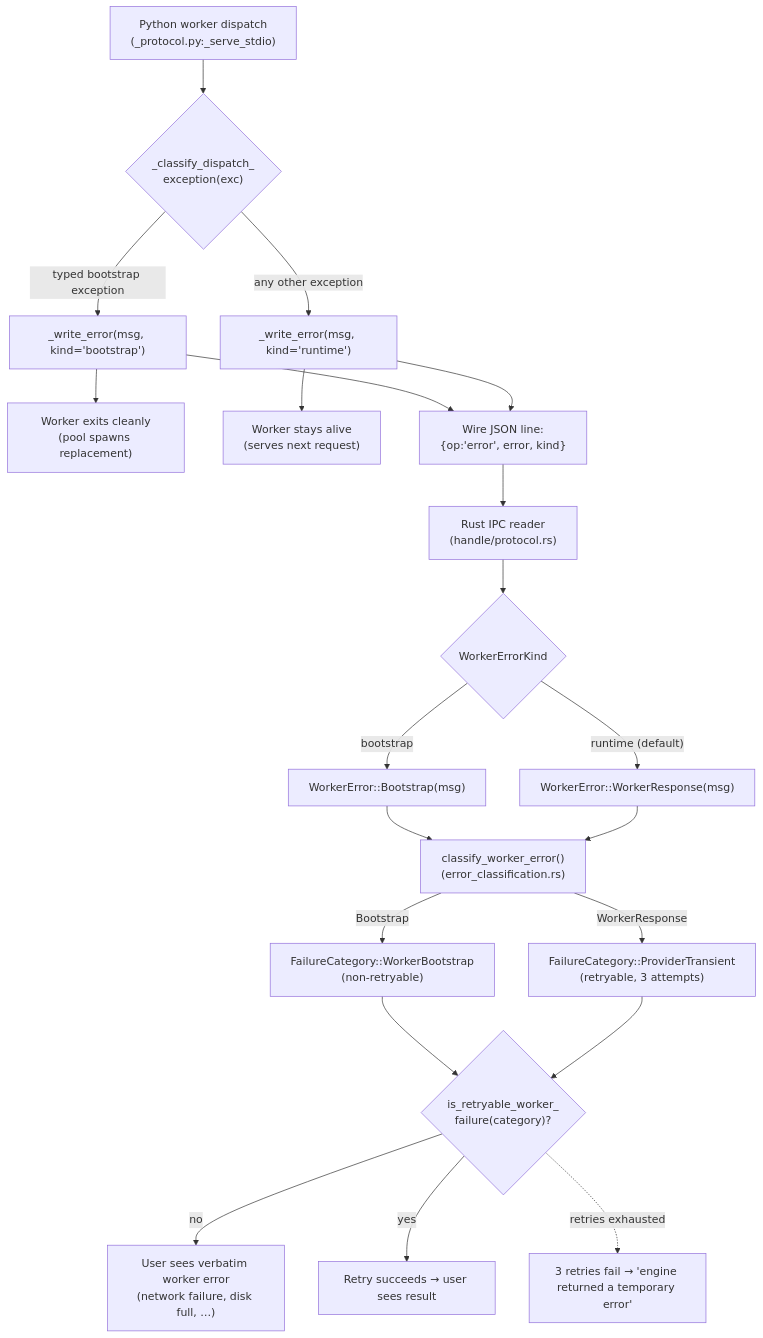
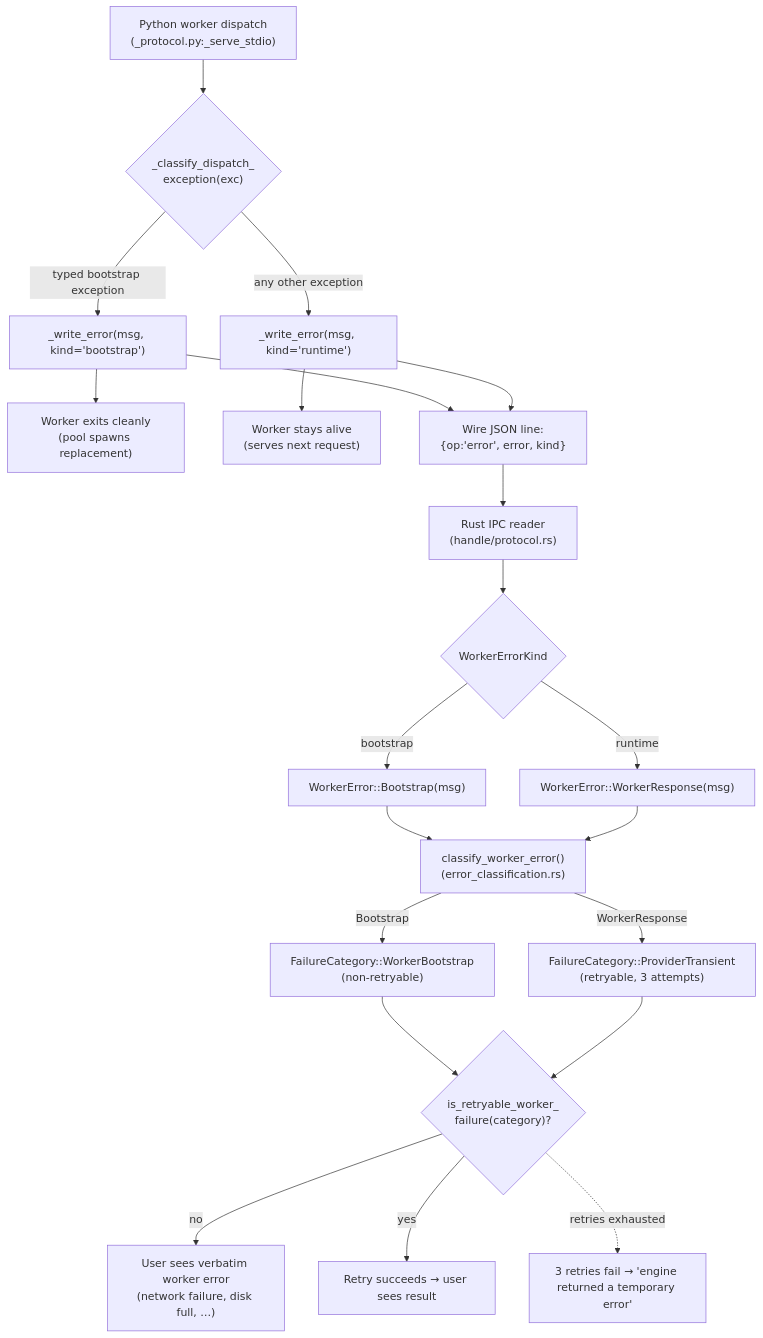
One commit to FranklinChen/talkbank-tools changed the first of 2 diagrams in book/src/batchalign/architecture/worker-failure-classification.md. Above: the diagram before and after it, drawn with Mermaid. The commit also changed other lines of this file and 470 other files, not shown here.

````diff
--- a/book/src/batchalign/architecture/worker-failure-classification.md
+++ b/book/src/batchalign/architecture/worker-failure-classification.md
@@ -34,42 +34,42 @@
 ```mermaid
 flowchart TD
     py["Python worker dispatch<br/>(_protocol.py:_serve_stdio)"]
     classifyExc{"_classify_dispatch_<br/>exception(exc)"}
     emit_b["_write_error(msg, kind='bootstrap')"]
     emit_r["_write_error(msg, kind='runtime')"]
     exit_b["Worker exits cleanly<br/>(pool spawns replacement)"]
     keepalive["Worker stays alive<br/>(serves next request)"]
     wire["Wire JSON line:<br/>{op:'error', error, kind}"]
     rust["Rust IPC reader<br/>(handle/protocol.rs)"]
     kind{"WorkerErrorKind"}
     we_b["WorkerError::Bootstrap(msg)"]
     we_r["WorkerError::WorkerResponse(msg)"]
     classifyRust["classify_worker_error()<br/>(error_classification.rs)"]
     cat_b["FailureCategory::WorkerBootstrap<br/>(non-retryable)"]
     cat_r["FailureCategory::ProviderTransient<br/>(retryable, 3 attempts)"]
     retry{"is_retryable_worker_<br/>failure(category)?"}
     user_b["User sees verbatim worker error<br/>(network failure, disk full, …)"]
     user_r_ok["Retry succeeds → user sees result"]
     user_r_fail["3 retries fail → 'engine returned a temporary error'"]
 
     py --> classifyExc
     classifyExc -->|"typed bootstrap exception"| emit_b
     classifyExc -->|"any other exception"| emit_r
     emit_b --> wire
     emit_r --> wire
     emit_b --> exit_b
     emit_r --> keepalive
     wire --> rust
     rust --> kind
     kind -->|"bootstrap"| we_b
-    kind -->|"runtime (default)"| we_r
+    kind -->|"runtime"| we_r
     we_b --> classifyRust
     we_r --> classifyRust
     classifyRust -->|"Bootstrap"| cat_b
     classifyRust -->|"WorkerResponse"| cat_r
     cat_b --> retry
     cat_r --> retry
     retry -->|"no"| user_b
     retry -->|"yes"| user_r_ok
     retry -.->|"retries exhausted"| user_r_fail
 ```
````
